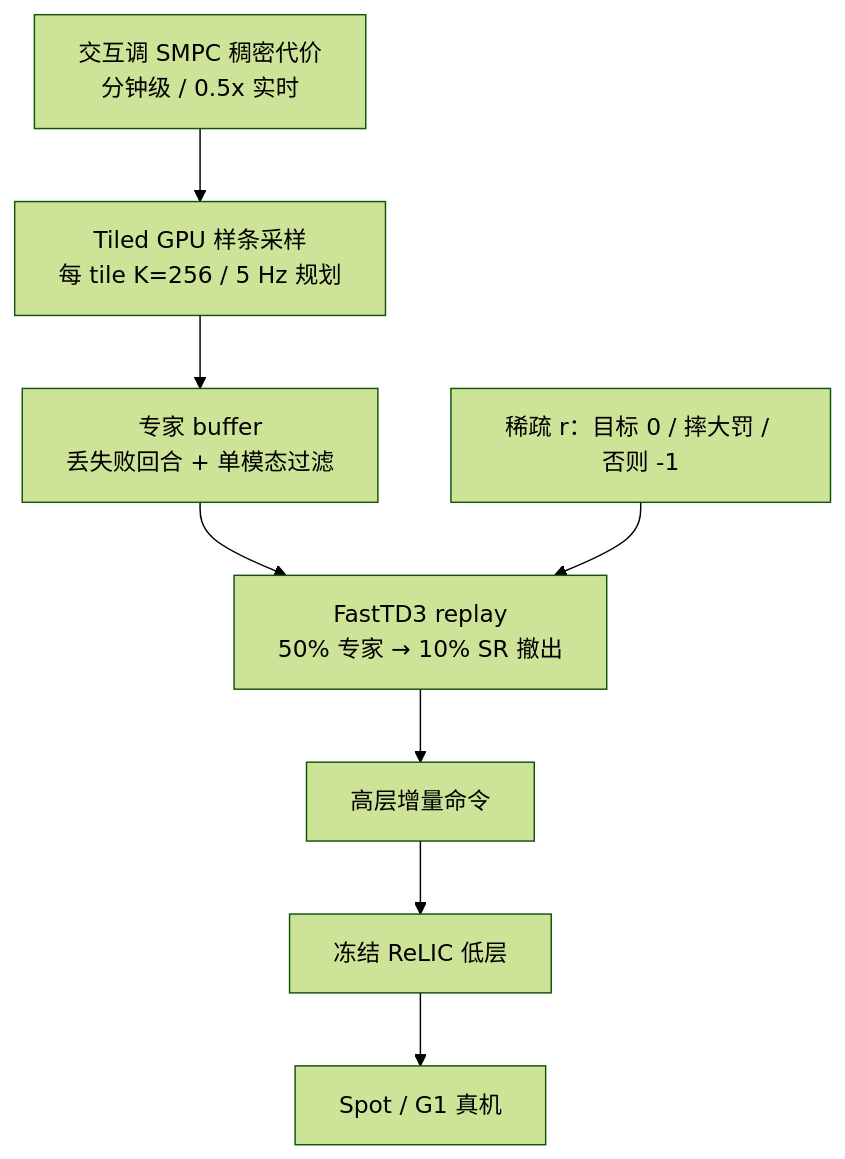
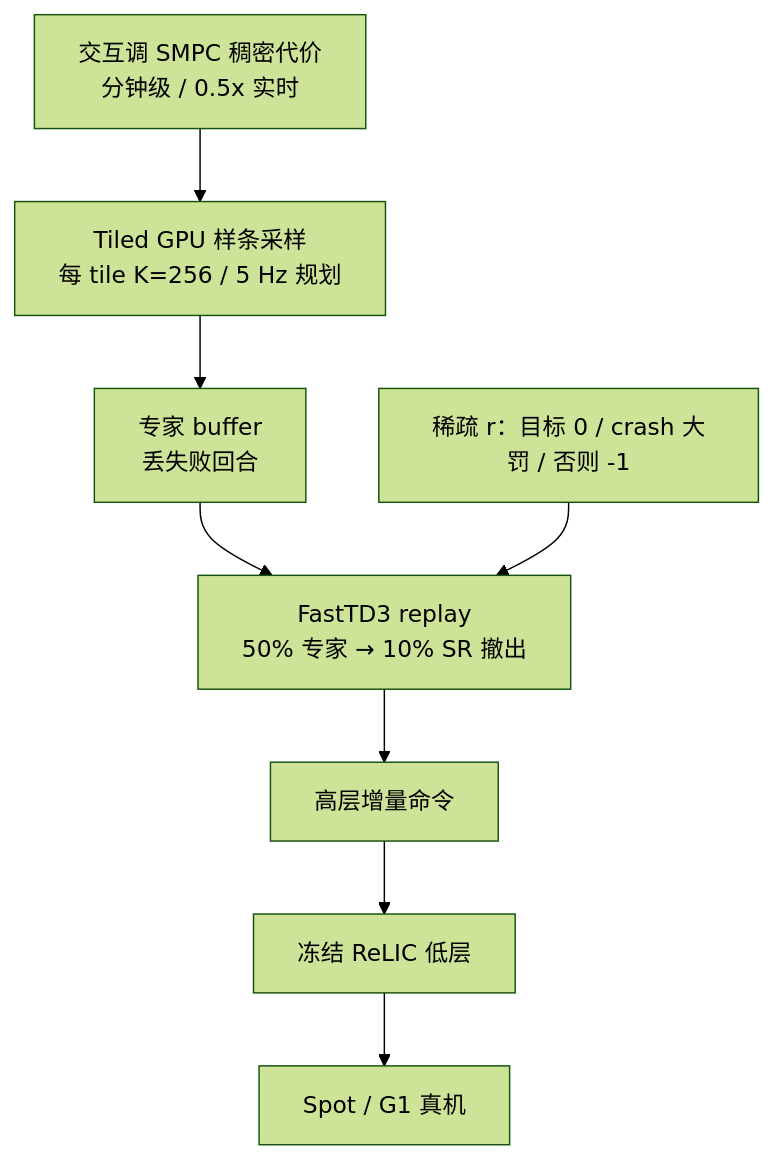
The diagram in wiki/entities/paper-smpc2rl-loco-manipulation.md (ImChong/Robotics_Notebooks), drawn with Mermaid (forest theme) before and after one commit. The commit also changed other lines of this file and 196 other files, not shown here.

````diff
--- a/wiki/entities/paper-smpc2rl-loco-manipulation.md
+++ b/wiki/entities/paper-smpc2rl-loco-manipulation.md
@@ -92,13 +90,13 @@
 ```mermaid
 flowchart TB
   cost["交互调 SMPC 稠密代价\n分钟级 / 0.5x 实时"]
   tile["Tiled GPU 样条采样\n每 tile K=256 / 5 Hz 规划"]
-  buf["专家 buffer\n丢失败回合 + 单模态过滤"]
+  buf["专家 buffer\n丢失败回合"]
   mix["FastTD3 replay\n50% 专家 → 10% SR 撤出"]
-  sparse["稀疏 r：目标 0 / 摔大罚 / 否则 -1"]
+  sparse["稀疏 r：目标 0 / crash 大罚 / 否则 -1"]
   high["高层增量命令"]
   relic["冻结 ReLIC 低层"]
   hw["Spot / G1 真机"]
   cost --> tile --> buf --> mix
   sparse --> mix --> high --> relic --> hw
 ```
````
